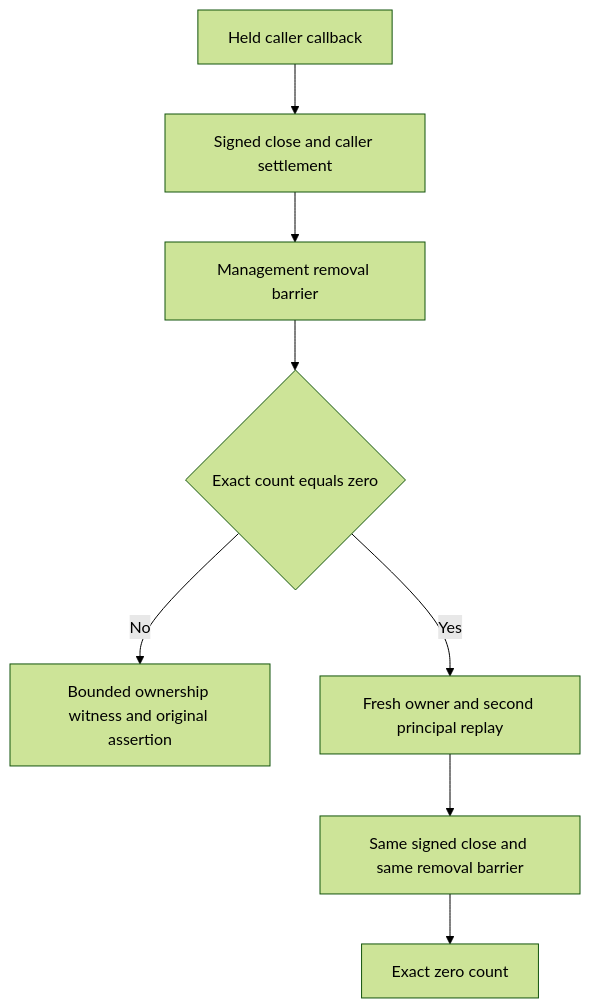
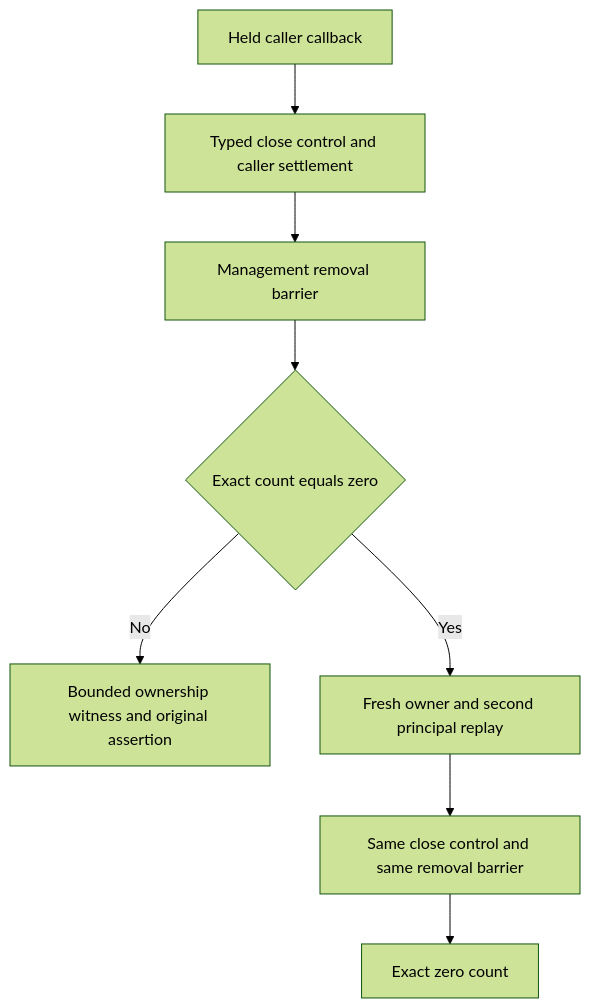
One commit to managedcode/KeyLoad changed the diagram in docs/Features/OrleansExecution/ConnectionCloseRemoval.md. Above: the diagram before and after it, drawn with Mermaid (forest theme). The commit also changed other lines of this file and 174 other files, not shown here.

````diff
--- a/docs/Features/OrleansExecution/ConnectionCloseRemoval.md
+++ b/docs/Features/OrleansExecution/ConnectionCloseRemoval.md
@@ -11,10 +11,10 @@
 ```mermaid
 flowchart TD
-    A[Held caller callback] --> B[Signed close and caller settlement]
+    A[Held caller callback] --> B[Typed close control and caller settlement]
     B --> C[Management removal barrier]
     C --> D{Exact count equals zero}
     D -->|No| E[Bounded ownership witness and original assertion]
     D -->|Yes| F[Fresh owner and second principal replay]
-    F --> G[Same signed close and same removal barrier]
+    F --> G[Same close control and same removal barrier]
     G --> H[Exact zero count]
 ```
````
